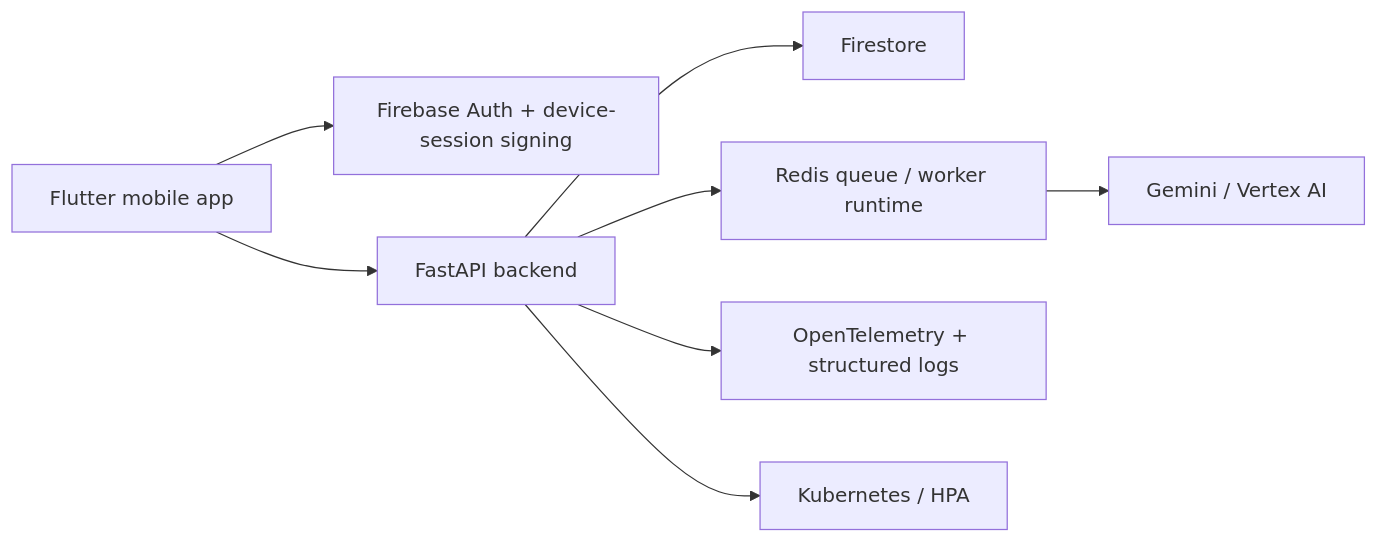
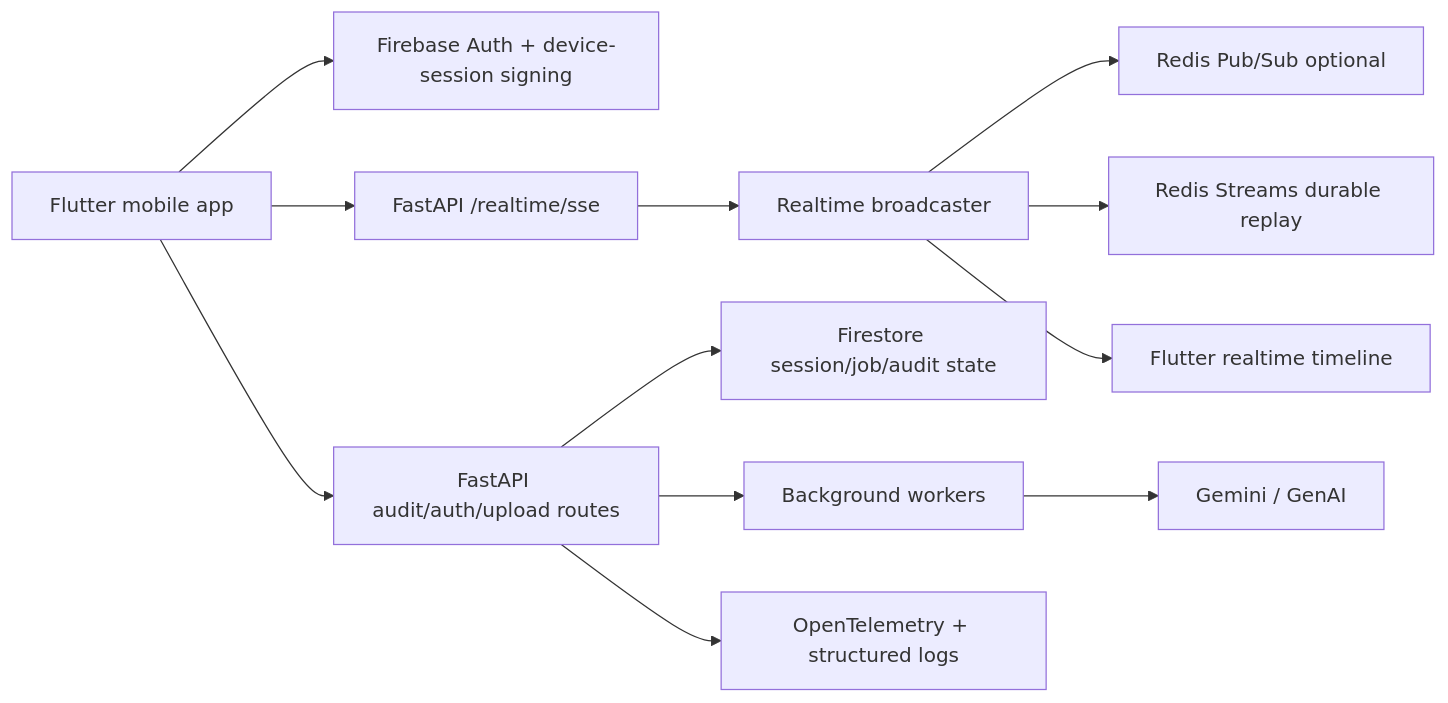
One commit to Wolfof420Street/TitleTrust changed the diagram in README.md. Above: the diagram before and after it, drawn with Mermaid. The commit also changed other lines of this file and 38 other files, not shown here.

````diff
--- a/README.md
+++ b/README.md
@@ -7,10 +15,14 @@
 ```mermaid
 flowchart LR
 	App[Flutter mobile app] --> Auth[Firebase Auth + device-session signing]
-	App --> API[FastAPI backend]
-	API --> FS[Firestore]
-	API --> Q[Redis queue / worker runtime]
-	Q --> Gemini[Gemini / Vertex AI]
+	App --> SSE[FastAPI /realtime/sse]
+	SSE --> Broadcaster[Realtime broadcaster]
+	Broadcaster --> PubSub[Redis Pub/Sub optional]
+	Broadcaster --> Streams[Redis Streams durable replay]
+	Broadcaster --> RealtimeUI[Flutter realtime timeline]
+	App --> API[FastAPI audit/auth/upload routes]
+	API --> FS[Firestore session/job/audit state]
+	API --> Workers[Background workers]
+	Workers --> Gemini[Gemini / GenAI]
 	API --> OTEL[OpenTelemetry + structured logs]
-	API --> K8s[Kubernetes / HPA]
 ```
````
